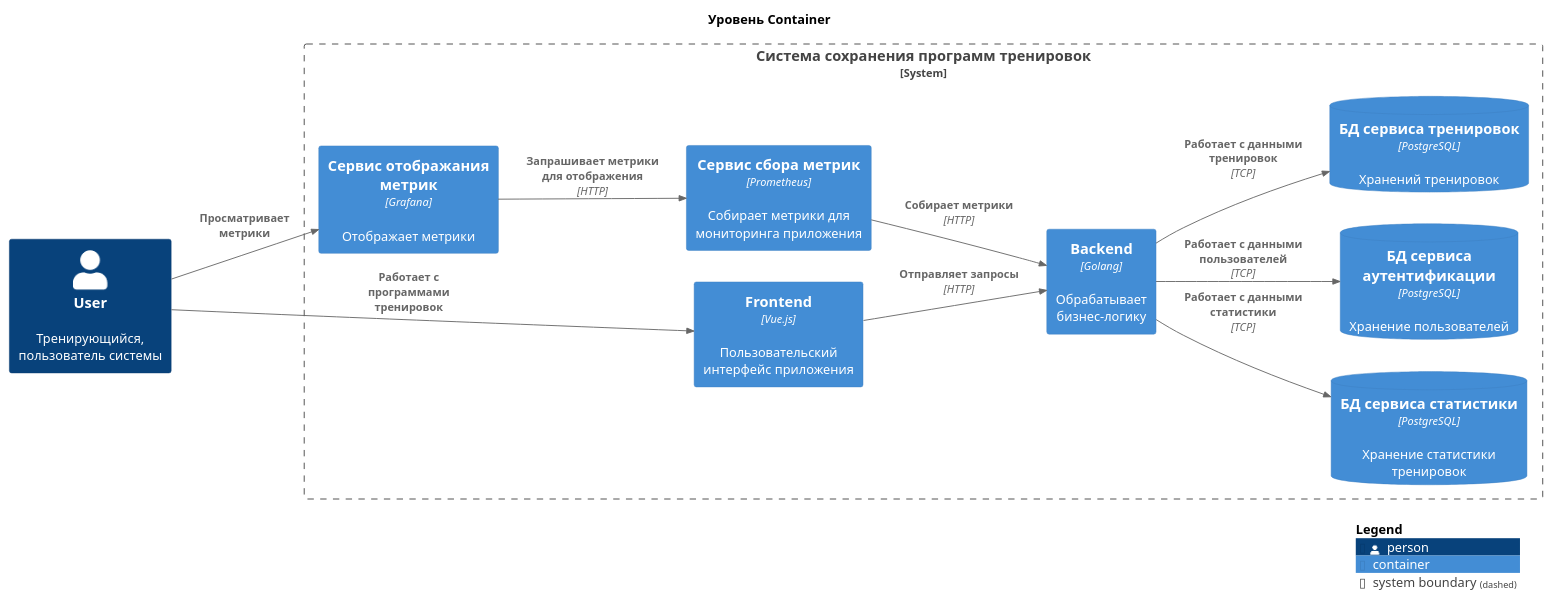
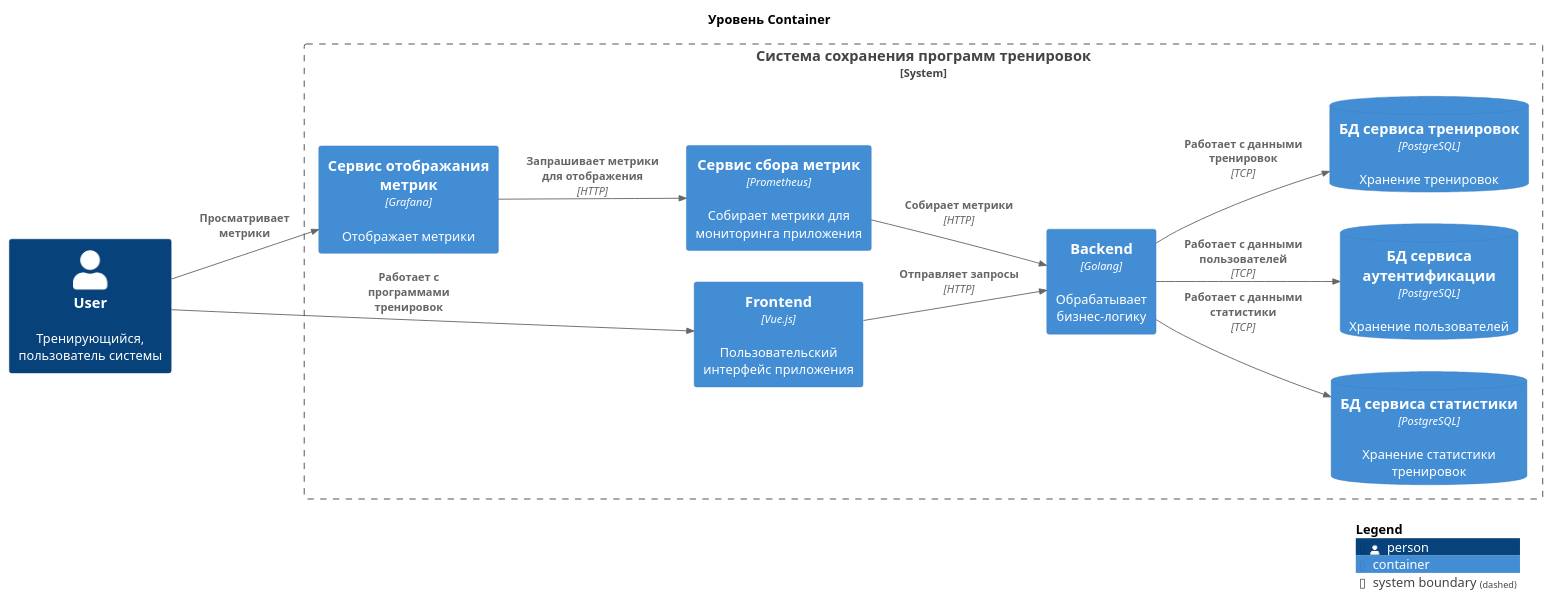
One commit to SimakinKonstantin/Gym-helper changed the diagram in c4/container.puml. Above: the diagram before and after it, drawn with PlantUML. The commit also changed 2 other files, not shown here.

```diff
--- a/c4/container.puml
+++ b/c4/container.puml
@@ -1,31 +1,31 @@
 @startuml
 !include https://raw.githubusercontent.com/plantuml-stdlib/C4-PlantUML/master/C4_Container.puml
 
 title Уровень Container
 
 LAYOUT_LEFT_RIGHT()
 
 Person(user, "User", "Тренирующийся, пользователь системы")
 
 System_Boundary(s1, "Система сохранения программ тренировок") {
     Container(api, "Backend", "Golang", "Обрабатывает бизнес-логику")
     Container(prometheus, "Сервис сбора метрик", "Prometheus", "Собирает метрики для мониторинга приложения")
 	Container(grafana, "Сервис отображания метрик", "Grafana", "Отображает метрики")
 	Container(ui, "Frontend", "Vue.js", "Пользовательский интерфейс приложения")
 	ContainerDb(statisticsDb,  "БД сервиса статистики", "PostgreSQL", "Хранение статистики тренировок")
     ContainerDb(usersDb, "БД сервиса аутентификации", "PostgreSQL",  "Хранение пользователей")
-    ContainerDb(managementDb, "БД сервиса тренировок", "PostgreSQL",  "Хранений тренировок")
+    ContainerDb(managementDb, "БД сервиса тренировок", "PostgreSQL",  "Хранение тренировок")
 }
 
 Rel(user, grafana, Просматривает метрики)
 Rel(user, ui, "Работает с программами тренировок", )
 Rel(ui, api, "Отправляет запросы", "HTTP")
 Rel(api, statisticsDb, "Работает с данными статистики", "TCP")
 Rel(api, usersDb, "Работает с данными пользователей", "TCP")
 Rel(api, managementDb, "Работает с данными тренировок", "TCP")
 
 Rel(grafana, prometheus, "Запрашивает метрики для отображения", "HTTP")
 Rel(prometheus, api, "Собирает метрики", "HTTP")
 
 SHOW_LEGEND()
 @enduml
```
